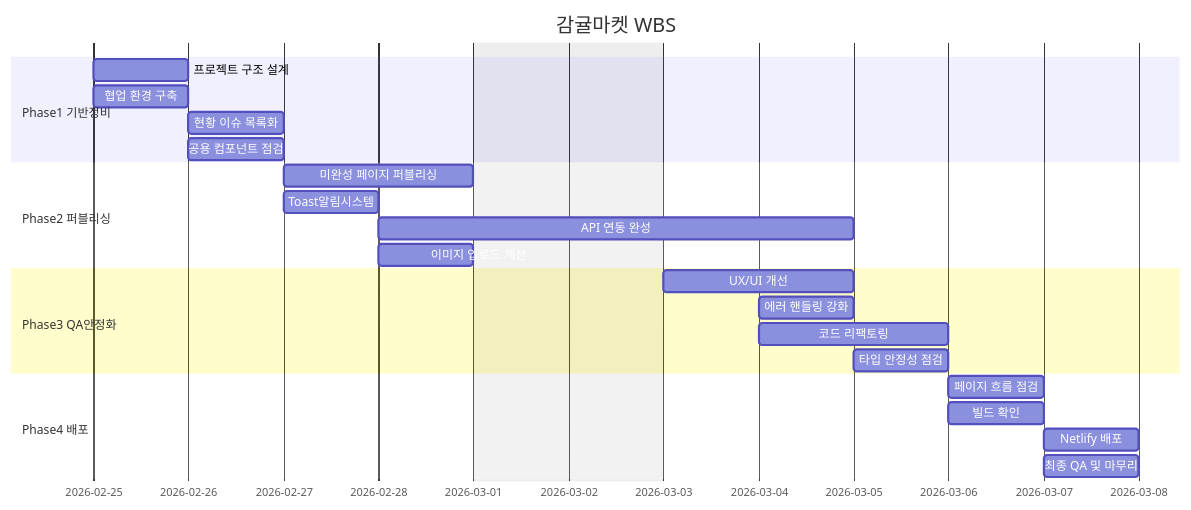
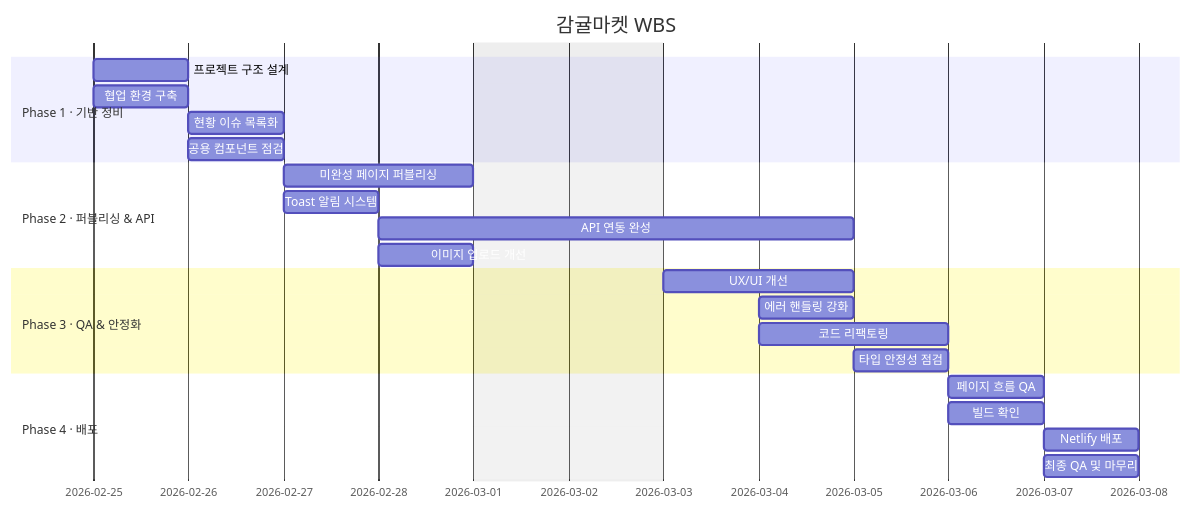
One commit to OrangeSNS/gamgyul-market changed the first of 4 diagrams in README.md. Above: the diagram before and after it, drawn with Mermaid. The commit also changed other lines of this file and 20 other files, not shown here.

````diff
--- a/README.md
+++ b/README.md
@@ -242,30 +249,30 @@
 ```mermaid
 gantt
     title 감귤마켓 WBS
     dateFormat YYYY-MM-DD
     excludes 2026-03-01, 2026-03-02
 
-    section Phase1 기반정비
-    프로젝트 구조 설계    :p1-1, 2026-02-25, 1d
-    협업 환경 구축            :p1-2, 2026-02-25, 1d
-    현황 이슈 목록화          :p1-3, 2026-02-26, 1d
-    공용 컴포넌트 점검   :p1-4, 2026-02-26, 1d
+    section Phase 1 · 기반 정비
+    프로젝트 구조 설계       :p1-1, 2026-02-25, 1d
+    협업 환경 구축           :p1-2, 2026-02-25, 1d
+    현황 이슈 목록화         :p1-3, 2026-02-26, 1d
+    공용 컴포넌트 점검       :p1-4, 2026-02-26, 1d
 
-    section Phase2 퍼블리싱
-    미완성 페이지 퍼블리싱    :p2-1, 2026-02-27, 2d
-    Toast알림시스템    :p2-2, 2026-02-27, 1d
-    API 연동 완성             :p2-3, 2026-02-28, 3d
-    이미지 업로드 개선        :p2-4, 2026-02-28, 1d
+    section Phase 2 · 퍼블리싱 & API
+    미완성 페이지 퍼블리싱   :p2-1, 2026-02-27, 2d
+    Toast 알림 시스템        :p2-2, 2026-02-27, 1d
+    API 연동 완성            :p2-3, 2026-02-28, 3d
+    이미지 업로드 개선       :p2-4, 2026-02-28, 1d
 
-    section Phase3 QA안정화
-    UX/UI 개선                :p3-1, 2026-03-03, 2d
-    에러 핸들링 강화          :p3-2, 2026-03-04, 1d
-    코드 리팩토링             :p3-3, 2026-03-04, 2d
-    타입 안정성 점검          :p3-4, 2026-03-05, 1d
+    section Phase 3 · QA & 안정화
+    UX/UI 개선               :p3-1, 2026-03-03, 2d
+    에러 핸들링 강화         :p3-2, 2026-03-04, 1d
+    코드 리팩토링            :p3-3, 2026-03-04, 2d
+    타입 안정성 점검         :p3-4, 2026-03-05, 1d
 
-    section Phase4 배포
-    페이지 흐름 점검          :p4-1, 2026-03-06, 1d
-    빌드 확인                 :p4-2, 2026-03-06, 1d
-    Netlify 배포              :p4-3, 2026-03-07, 1d
-    최종 QA 및 마무리         :p4-4, 2026-03-07, 1d
+    section Phase 4 · 배포
+    페이지 흐름 QA           :p4-1, 2026-03-06, 1d
+    빌드 확인                :p4-2, 2026-03-06, 1d
+    Netlify 배포             :p4-3, 2026-03-07, 1d
+    최종 QA 및 마무리        :p4-4, 2026-03-07, 1d
 ```
````
